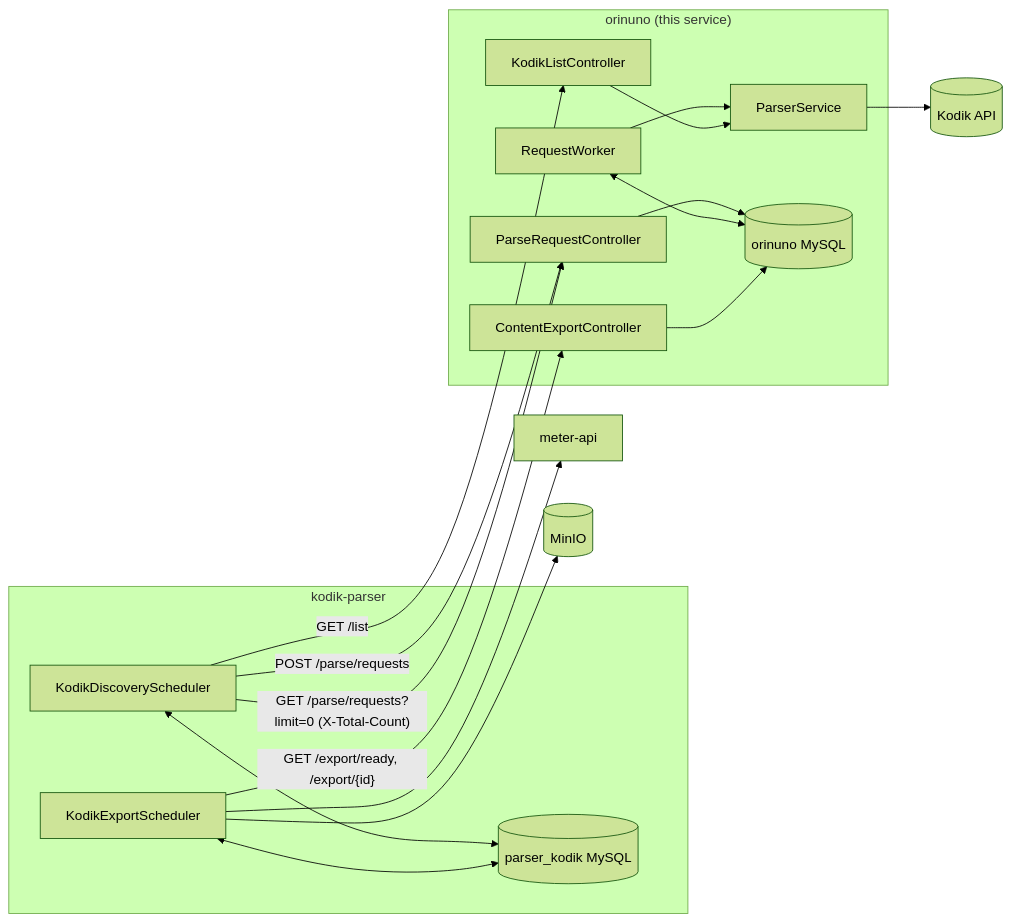
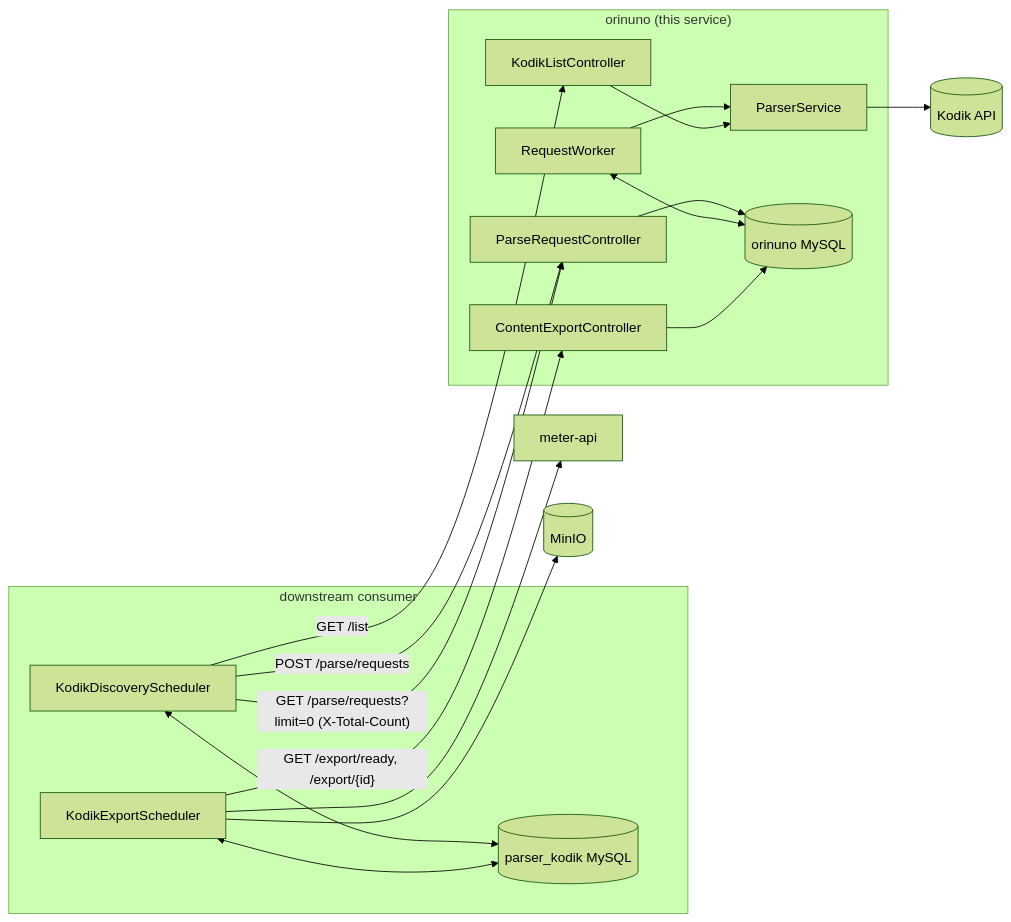
The second of 2 diagrams in docs-site/src/content/docs/architecture/parse-requests.md (Samehadar/orinuno), drawn with Mermaid (forest theme) before and after one commit. The commit also changed other lines of this file and 54 other files, not shown here.

````diff
--- a/docs-site/src/content/docs/architecture/parse-requests.md
+++ b/docs-site/src/content/docs/architecture/parse-requests.md
@@ -151,38 +151,38 @@
 ```mermaid
 flowchart LR
-    subgraph PK["kodik-parser"]
+    subgraph PK["downstream consumer"]
         DSC[KodikDiscoveryScheduler]
         EXP[KodikExportScheduler]
         STATE[(parser_kodik MySQL)]
     end
 
     subgraph OR["orinuno (this service)"]
         LISTC[KodikListController]
         PRC[ParseRequestController]
         EXC[ContentExportController]
         WORK[RequestWorker]
         SVC[ParserService]
         ORDB[(orinuno MySQL)]
     end
 
     KODIK[(Kodik API)]
     METER[meter-api]
     MINIO[(MinIO)]
 
     DSC -- "GET /list" --> LISTC
     DSC -- "POST /parse/requests" --> PRC
     DSC -- "GET /parse/requests?limit=0 (X-Total-Count)" --> PRC
     PRC --> ORDB
     WORK <--> ORDB
     WORK --> SVC
     LISTC --> SVC
     SVC --> KODIK
 
     EXP -- "GET /export/ready, /export/&lcub;id&rcub;" --> EXC
     EXC --> ORDB
     EXP --> METER
     EXP --> MINIO
 
     DSC <--> STATE
     EXP <--> STATE
 ```
````
